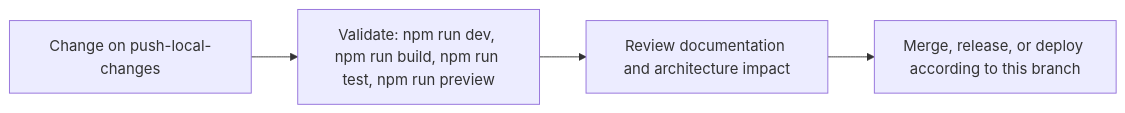
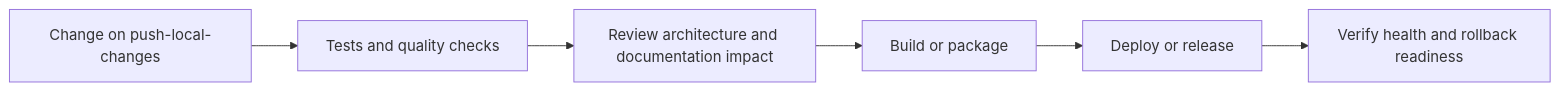
The sixth of 7 diagrams in README.md (Nischhalsubba/neverwinter-live-parser), drawn with Mermaid before and after one commit. The commit also changed other lines of this file, not shown here.

````diff
--- a/README.md
+++ b/README.md
@@ -69,8 +178,8 @@
 ```mermaid
 flowchart LR
-    CHANGE["Change on push-local-changes"]
-    CHECK["Validate: npm run dev, npm run build, npm run test, npm run preview"]
-    REVIEW["Review documentation and architecture impact"]
-    RELEASE["Merge, release, or deploy according to this branch"]
-    CHANGE --> CHECK --> REVIEW --> RELEASE
+    CHANGE["Change on push-local-changes"] --> CHECK["Tests and quality checks"]
+    CHECK --> REVIEW["Review architecture and documentation impact"]
+    REVIEW --> BUILD["Build or package"]
+    BUILD --> DEPLOY["Deploy or release"]
+    DEPLOY --> VERIFY["Verify health and rollback readiness"]
 ```
````
